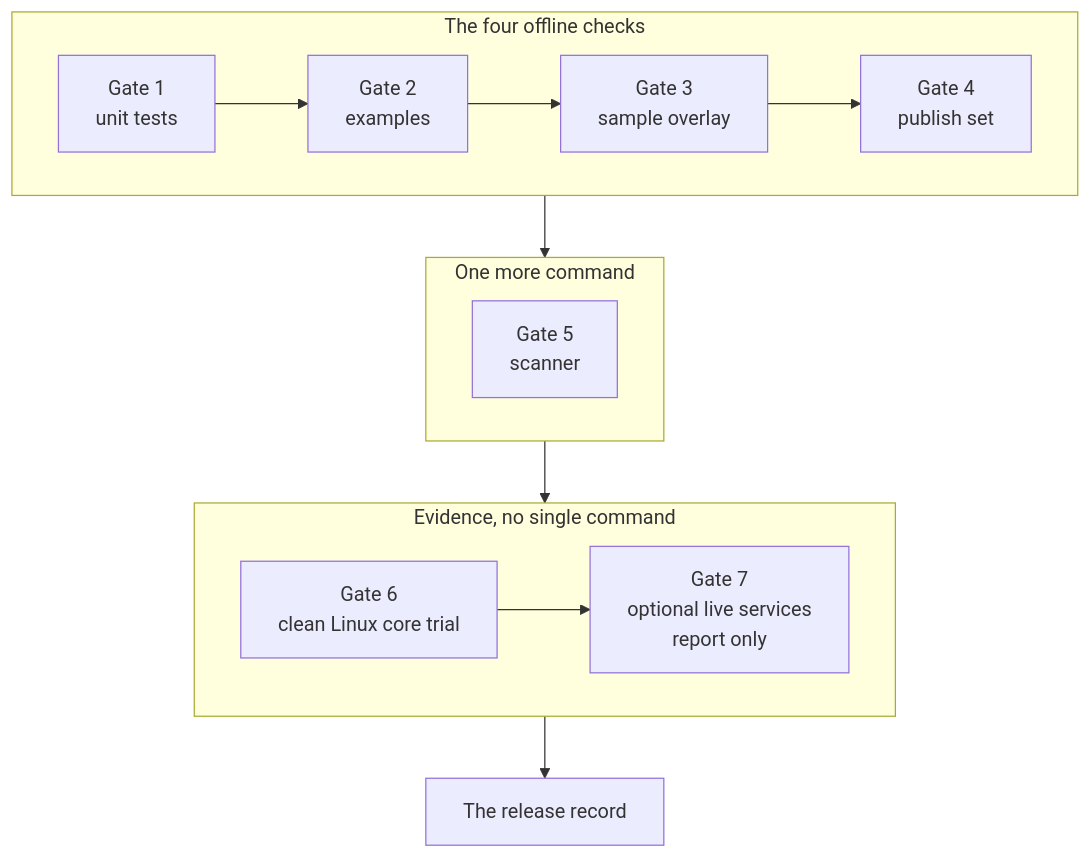
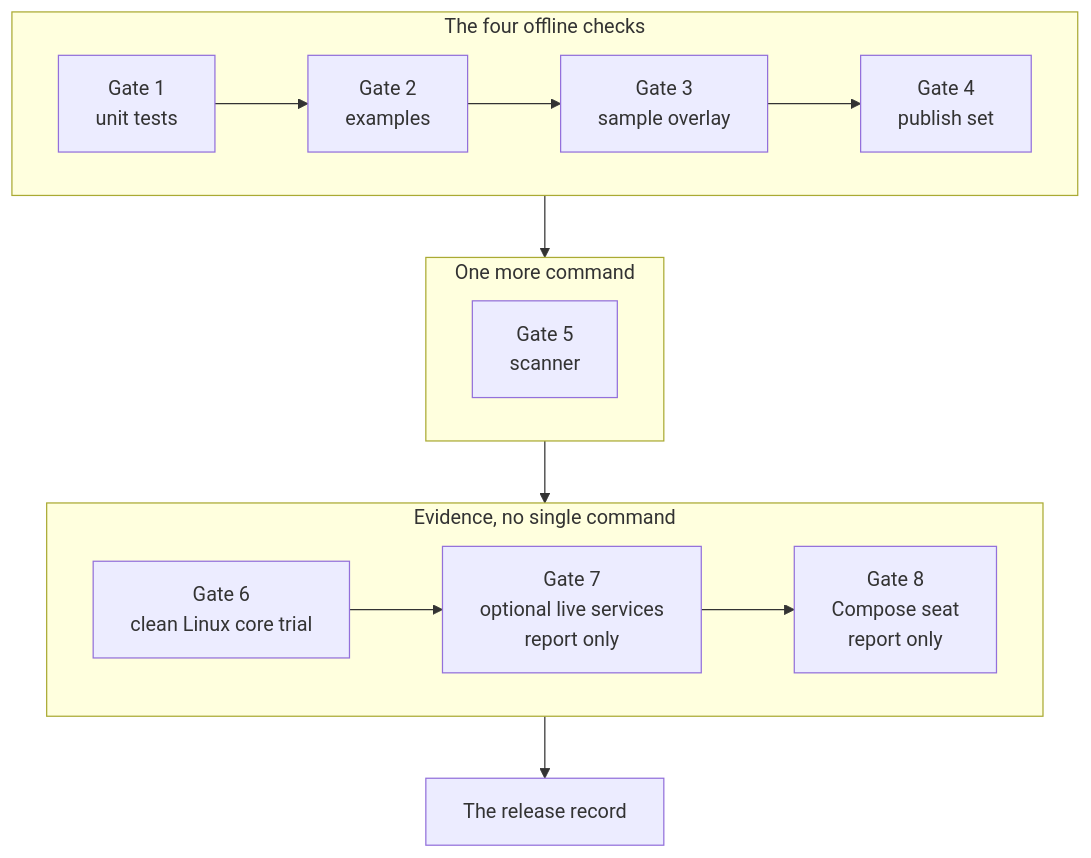
One commit to ryg40/tenant-docs changed the first of 2 diagrams in src/content/docs/tenant-pi/develop/gates.mdx. Above: the diagram before and after it, drawn with Mermaid. The commit also changed other lines of this file and 195 other files, not shown here.

````diff
--- a/src/content/docs/tenant-pi/develop/gates.mdx
+++ b/src/content/docs/tenant-pi/develop/gates.mdx
@@ -18,17 +18,17 @@
 ```mermaid
 flowchart TD
-    accTitle: The seven gates in three groups
+    accTitle: The eight gates in three groups
     subgraph Checks["The four offline checks"]
         direction LR
         g1["Gate 1<br/>unit tests"] --> g2["Gate 2<br/>examples"] --> g3["Gate 3<br/>sample overlay"] --> g4["Gate 4<br/>publish set"]
     end
     subgraph Scanner["One more command"]
         g5["Gate 5<br/>scanner"]
     end
     subgraph Evidence["Evidence, no single command"]
         direction LR
-        g6["Gate 6<br/>clean Linux core trial"] --> g7["Gate 7<br/>optional live services<br/>report only"]
+        g6["Gate 6<br/>clean Linux core trial"] --> g7["Gate 7<br/>optional live services<br/>report only"] --> g8["Gate 8<br/>Compose seat<br/>report only"]
     end
     Checks --> Scanner --> Evidence
     Evidence --> rec["The release record"]
 ```
````
